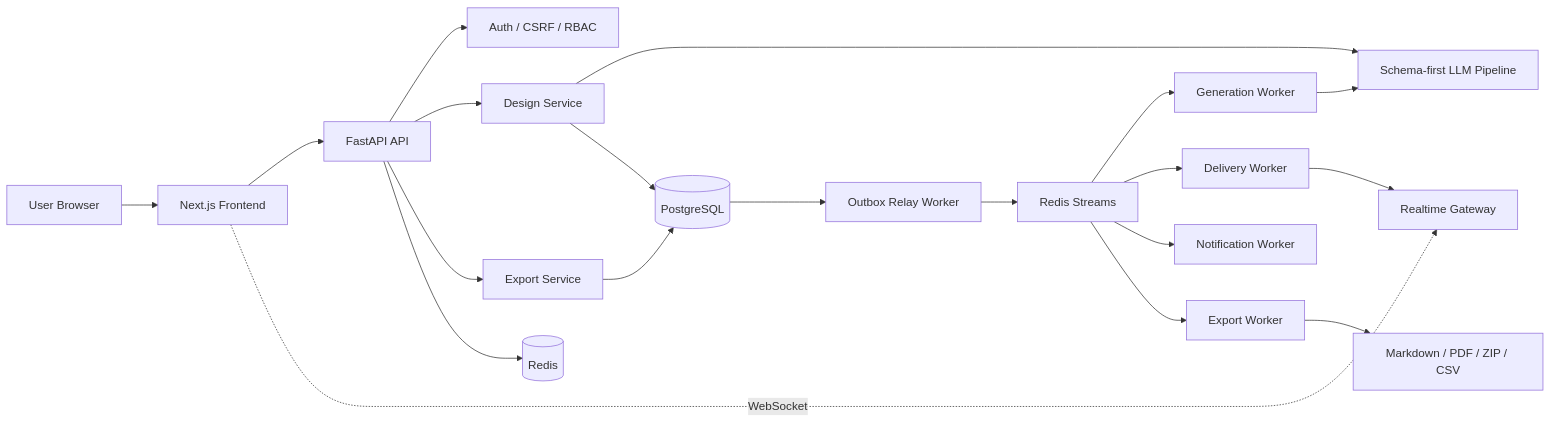
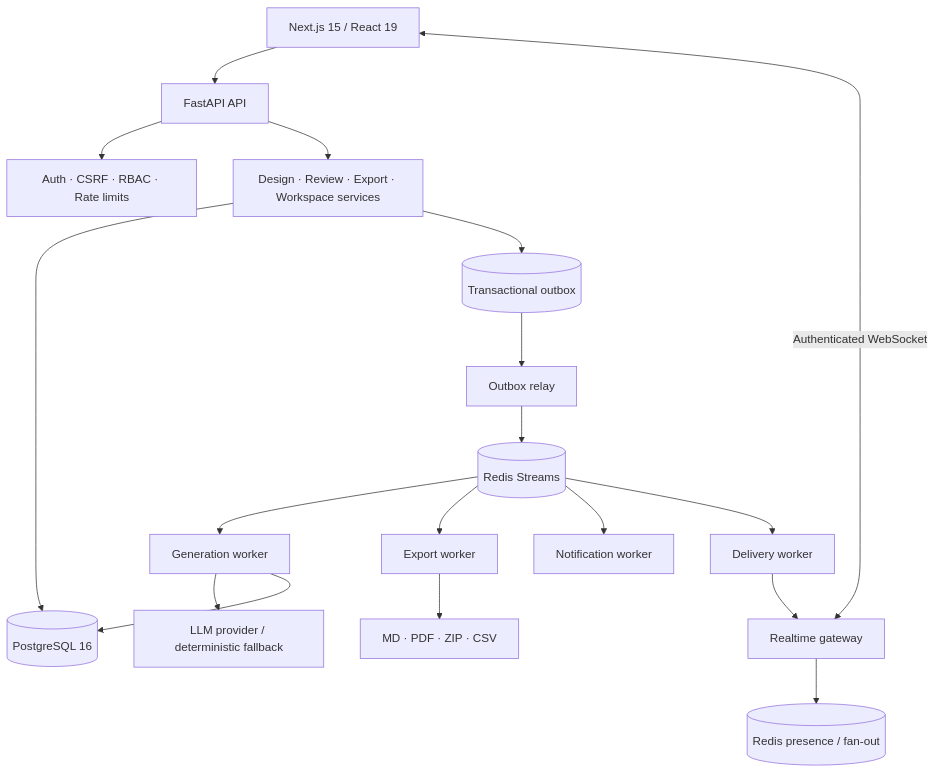
The second of 2 diagrams in README.md (ardamoustafa1/SystemForge-AI), drawn with Mermaid before and after one commit. The commit also changed other lines of this file and 5 other files, not shown here.

````diff
--- a/README.md
+++ b/README.md
@@ -115,25 +236,23 @@
 ```mermaid
-flowchart LR
-    User["User Browser"] --> Frontend["Next.js Frontend"]
-    Frontend --> API["FastAPI API"]
-    Frontend -. "WebSocket" .-> WS["Realtime Gateway"]
+flowchart TB
+    Browser["Next.js 15 / React 19"] --> API["FastAPI API"]
+    Browser <-->|"Authenticated WebSocket"| Gateway["Realtime gateway"]
 
-    API --> Auth["Auth / CSRF / RBAC"]
-    API --> Design["Design Service"]
-    API --> Export["Export Service"]
-    Design --> LLM["Schema-first LLM Pipeline"]
-    Design --> DB[("PostgreSQL")]
-    Export --> DB
-    API --> Redis[("Redis")]
+    API --> Guard["Auth · CSRF · RBAC · Rate limits"]
+    API --> Services["Design · Review · Export · Workspace services"]
+    Services --> PG[("PostgreSQL 16")]
+    Services --> Outbox[("Transactional outbox")]
+    Outbox --> Relay["Outbox relay"]
+    Relay --> Streams[("Redis Streams")]
 
-    DB --> Outbox["Outbox Relay Worker"]
-    Outbox --> Streams["Redis Streams"]
-    Streams --> Generation["Generation Worker"]
-    Streams --> Delivery["Delivery Worker"]
-    Streams --> Notification["Notification Worker"]
-    Streams --> ExportWorker["Export Worker"]
+    Streams --> Generation["Generation worker"]
+    Streams --> Export["Export worker"]
+    Streams --> Notification["Notification worker"]
+    Streams --> Delivery["Delivery worker"]
 
-    Generation --> LLM
-    Delivery --> WS
-    ExportWorker --> Artifacts["Markdown / PDF / ZIP / CSV"]
+    Generation --> Models["LLM provider / deterministic fallback"]
+    Generation --> PG
+    Export --> Artifacts["MD · PDF · ZIP · CSV"]
+    Delivery --> Gateway
+    Gateway --> Presence[("Redis presence / fan-out")]
 ```
````
